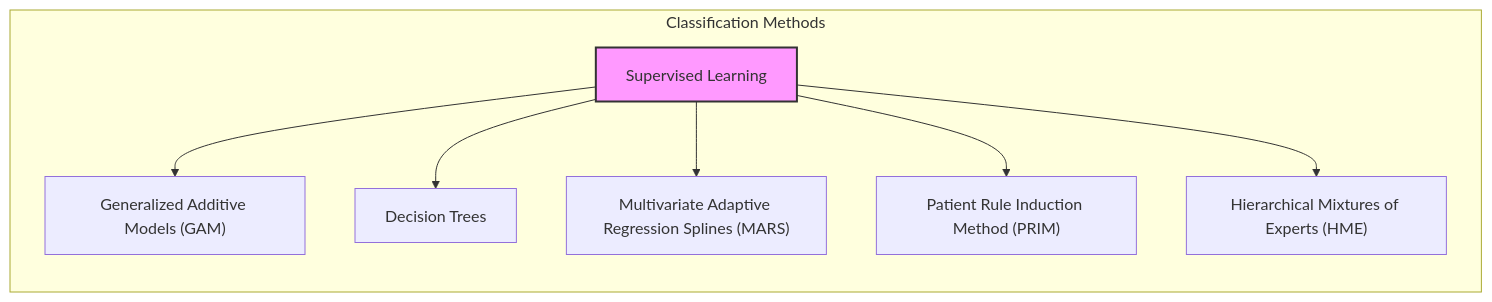
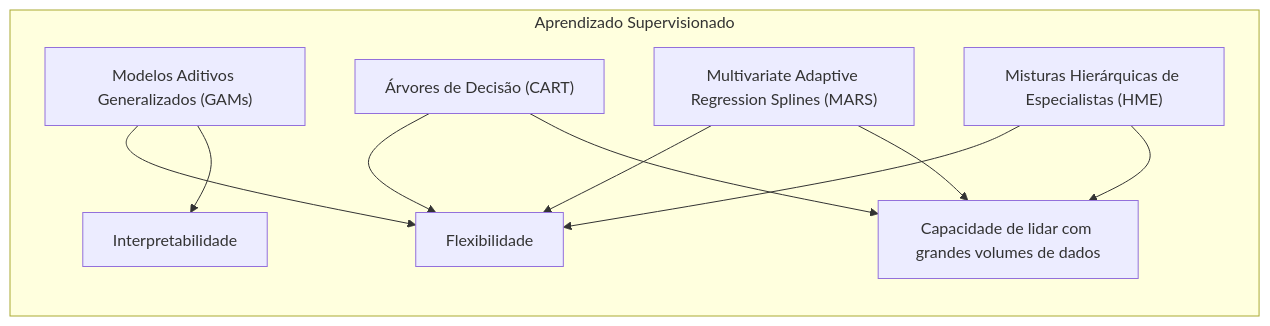
One commit to diegomrodrigues/statistical_learning_notes changed the first of 7 diagrams in 03. Additive Models/01. Generalized Additive Models/01. Concept Overview.md. Above: the diagram before and after it, drawn with Mermaid. The commit also changed other lines of this file and 228 other files, not shown here.

````diff
--- a/03. Additive Models/01. Generalized Additive Models/01. Concept Overview.md
+++ b/03. Additive Models/01. Generalized Additive Models/01. Concept Overview.md
@@ -3,18 +3,20 @@
 ```mermaid
 graph LR
-    subgraph "Classification Methods"
-        direction TB
-        A["Supervised Learning"]
-        B["Generalized Additive Models (GAM)"]
-        C["Decision Trees"]
-        D["Multivariate Adaptive Regression Splines (MARS)"]
-        E["Patient Rule Induction Method (PRIM)"]
-        F["Hierarchical Mixtures of Experts (HME)"]
-        A --> B
-        A --> C
-        A --> D
+    subgraph "Aprendizado Supervisionado"
+        A["Modelos Aditivos Generalizados (GAMs)"]
+        B["Árvores de Decisão (CART)"]
+        C["Multivariate Adaptive Regression Splines (MARS)"]
+        D["Misturas Hierárquicas de Especialistas (HME)"]
+        E["Flexibilidade"]
+        F["Interpretabilidade"]
+        G["Capacidade de lidar com grandes volumes de dados"]
         A --> E
         A --> F
+        B --> E
+        B --> G
+        C --> E
+        C --> G
+        D --> E
+        D --> G
     end
-    style A fill:#f9f,stroke:#333,stroke-width:2px
 ```
````
